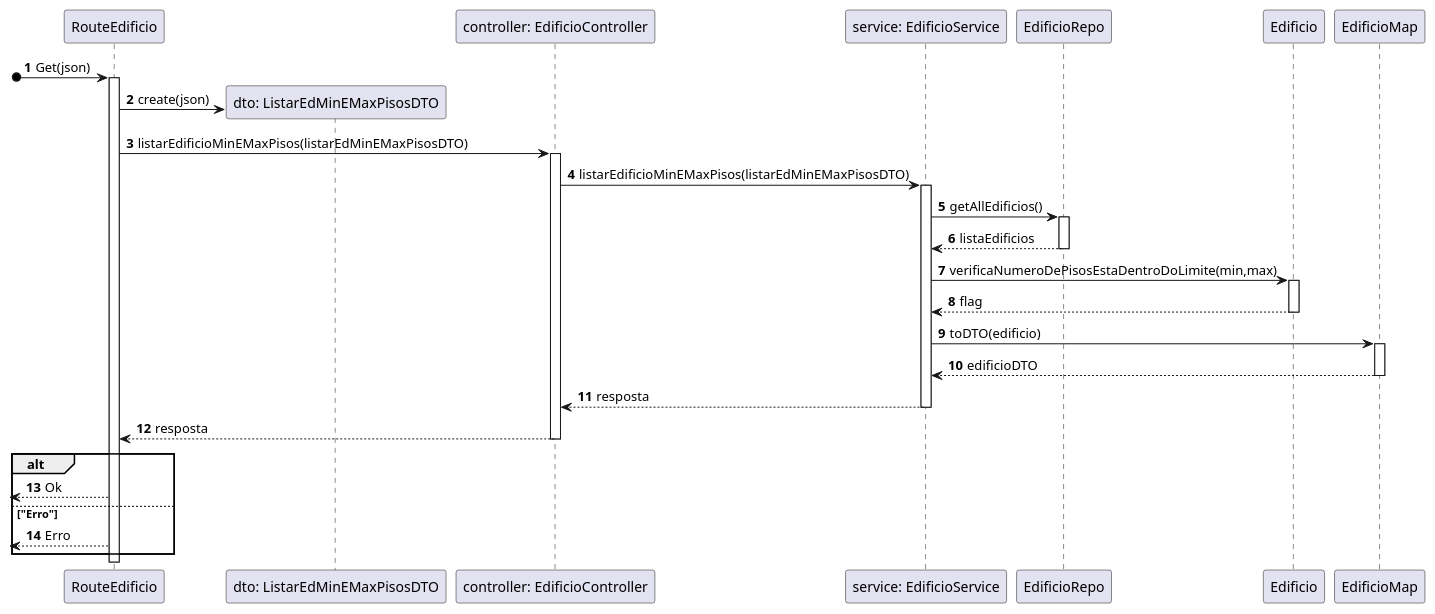
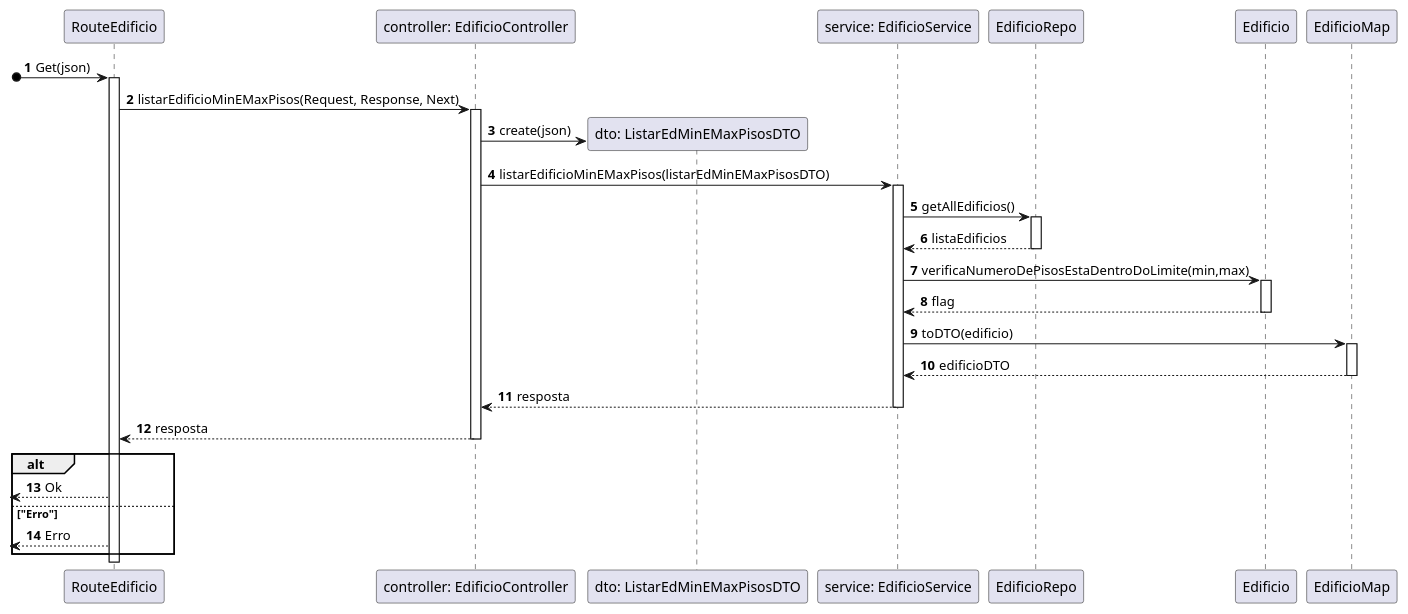
The diagram in docs/Sprint_A/US_180/N3/US180_VP.puml (SEM5PI2324G58/sem5pi_g58_23_24), drawn with PlantUML before and after one commit. The commit also changed 3 other files, not shown here.

```diff
--- a/docs/Sprint_A/US_180/N3/US180_VP.puml
+++ b/docs/Sprint_A/US_180/N3/US180_VP.puml
@@ -1,35 +1,35 @@
 autonumber
 
 participant RouteEdificio as route
+participant "controller: EdificioController" as ctrl
 participant "dto: ListarEdMinEMaxPisosDTO" as dto
-participant "controller: EdificioController" as ctrl
 participant "service: EdificioService" as service
 participant "EdificioRepo" as edRepo
 participant "Edificio" as edificio
 participant "EdificioMap" as edificioMap
 
 
 
 [o-> route: Get(json)
 activate route
-route -> dto ** : create(json)
-route -> ctrl: listarEdificioMinEMaxPisos(listarEdMinEMaxPisosDTO)
+route -> ctrl: listarEdificioMinEMaxPisos(Request, Response, Next)
 activate ctrl
+ctrl -> dto ** : create(json)
 ctrl -> service: listarEdificioMinEMaxPisos(listarEdMinEMaxPisosDTO) 
 activate service
 service -> edRepo: getAllEdificios()
 activate edRepo
 return listaEdificios
 service -> edificio :  verificaNumeroDePisosEstaDentroDoLimite(min,max)
 activate edificio
 return flag
 service -> edificioMap: toDTO(edificio)
 activate edificioMap
 return edificioDTO
 return resposta
 return resposta
 alt
 <-- route: Ok
 else "Erro"
 <-- route: Erro
 end alt
```
